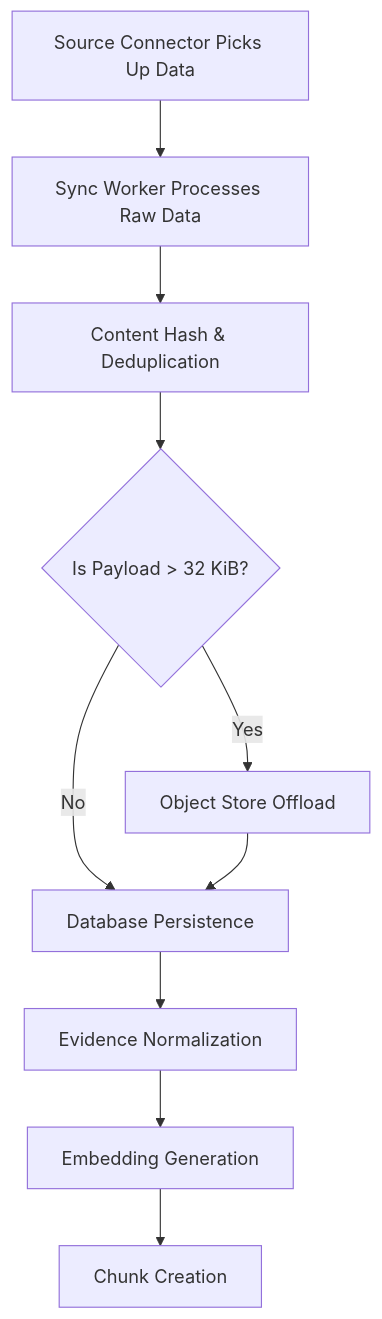
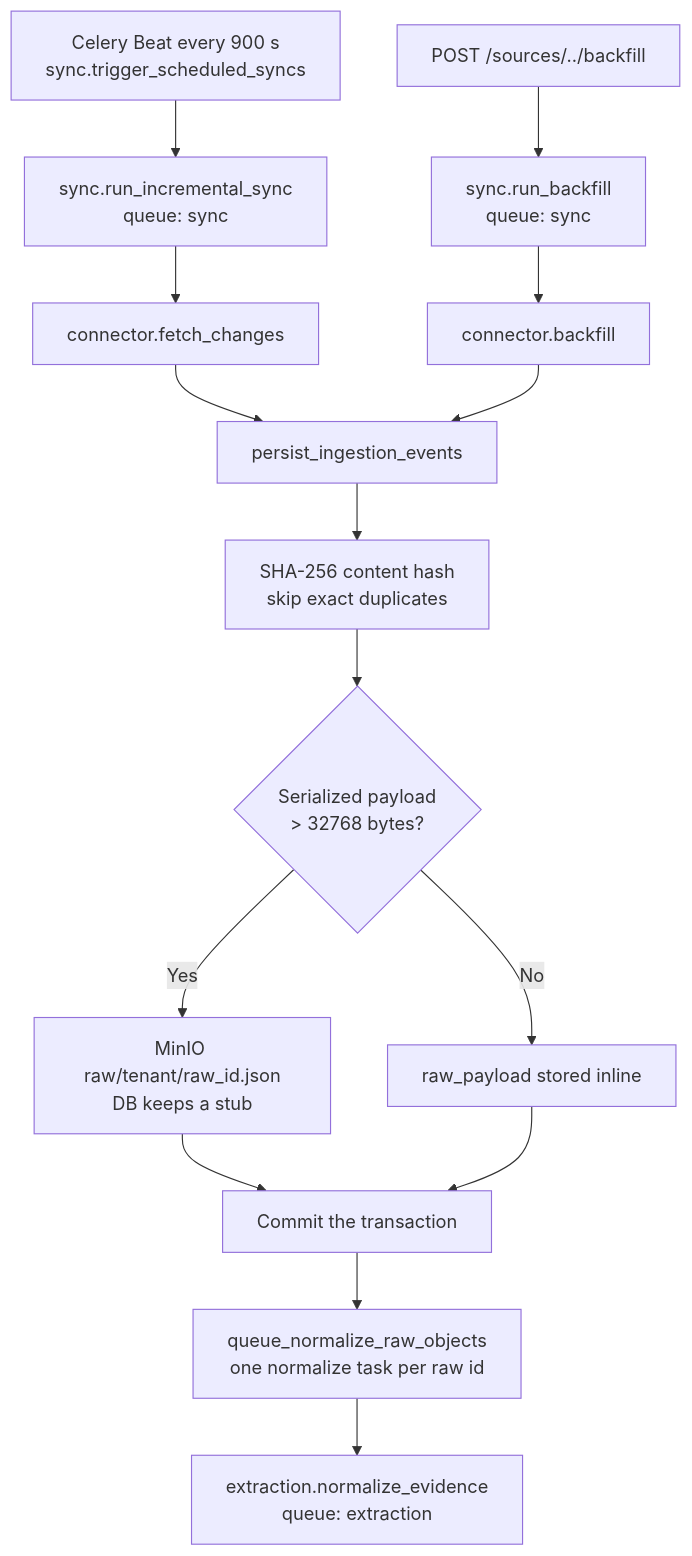
Before and after one commit to Valuedx/ContextEdge: the second of 4 diagrams in docs/03_End_to_End_Project_Flow.md, drawn with Mermaid. The commit also changed other lines of this file and 48 other files, not shown here.

````diff
--- a/docs/03_End_to_End_Project_Flow.md
+++ b/docs/03_End_to_End_Project_Flow.md
@@ -53,12 +67,17 @@
 ```mermaid
 flowchart TD
-    Start[Source Connector Picks Up Data] --> SyncWorker[Sync Worker Processes Raw Data]
-    SyncWorker --> Hash[Content Hash & Deduplication]
-    Hash --> Offload{Is Payload > 32 KiB?}
-    Offload -- Yes --> S3[Object Store Offload]
-    Offload -- No --> DB[Database Persistence]
-    S3 --> DB
-    DB --> Normalize[Evidence Normalization]
-    Normalize --> Embed[Embedding Generation]
-    Embed --> Chunk[Chunk Creation]
+    Beat[Celery Beat every 900 s<br/>sync.trigger_scheduled_syncs] --> Sync[sync.run_incremental_sync<br/>queue: sync]
+    API[POST /sources/../backfill] --> Backfill[sync.run_backfill<br/>queue: sync]
+    Sync --> Conn[connector.fetch_changes]
+    Backfill --> Conn2[connector.backfill]
+    Conn --> Persist[persist_ingestion_events]
+    Conn2 --> Persist
+    Persist --> Hash[SHA-256 content hash<br/>skip exact duplicates]
+    Hash --> Offload{Serialized payload<br/>&gt; 32768 bytes?}
+    Offload -- Yes --> S3[MinIO raw/tenant/raw_id.json<br/>DB keeps a stub]
+    Offload -- No --> DB[raw_payload stored inline]
+    S3 --> Commit[Commit the transaction]
+    DB --> Commit
+    Commit --> Queue[queue_normalize_raw_objects<br/>one normalize task per raw id]
+    Queue --> Norm[extraction.normalize_evidence<br/>queue: extraction]
 ```
````
